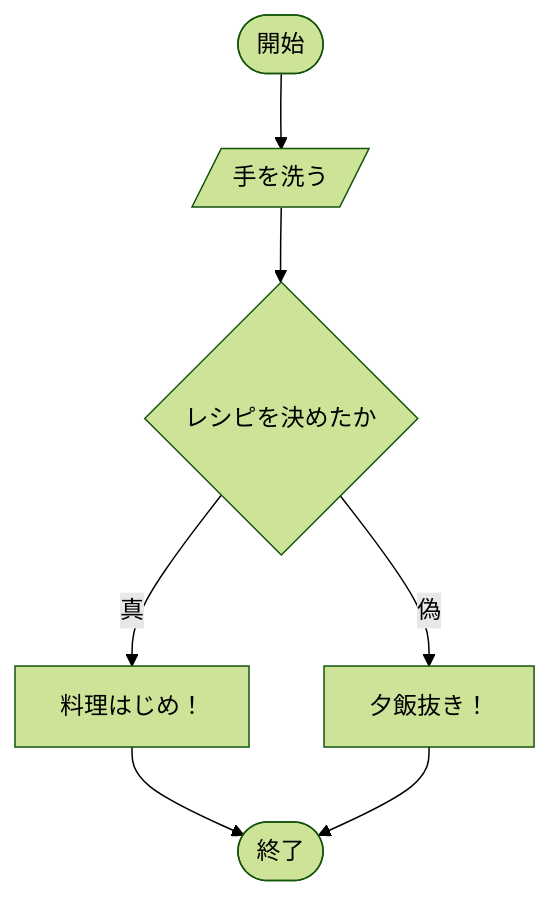
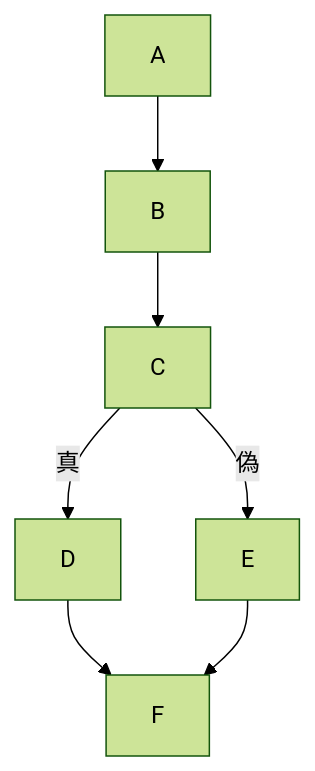
The first of 3 diagrams in README.md (tpu-game-2023/mermaid_test), drawn with Mermaid (forest theme) before and after one commit.

Commit message:
テスト

````diff
--- a/README.md
+++ b/README.md
@@ -20,10 +20,10 @@
 ```mermaid
 flowchart TD;
-  A([開始]) --> B[/手を洗う/];
-  B --> C{レシピを決めたか};
-  C -- 真 --> D[料理はじめ！];
-  C -- 偽 --> E[夕飯抜き！];
-  D --> F([終了]);
-  E --> F([終了]); 
+  A --> B;
+  B --> C;
+  C -- 真 --> D;
+  C -- 偽 --> E;
+  D --> F;
+  E --> F; 
 
 ```
````
